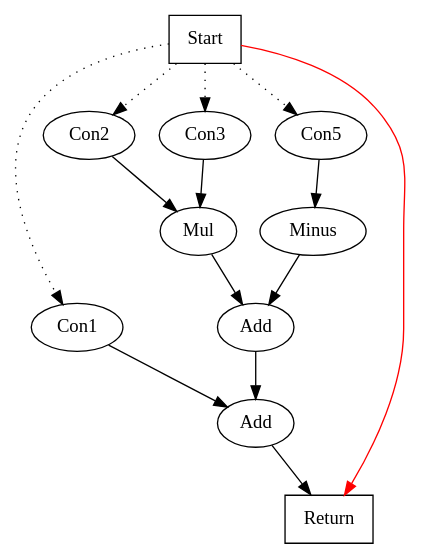
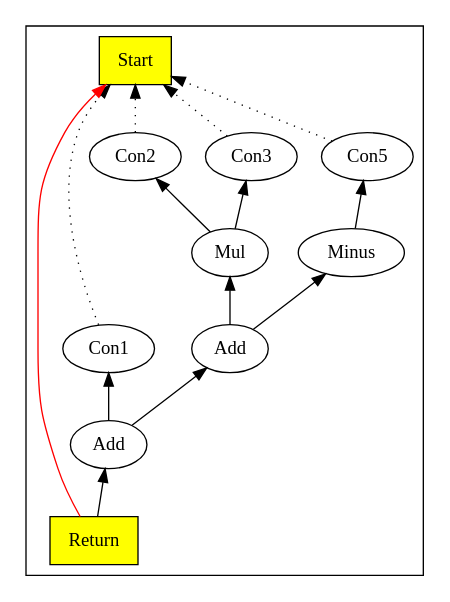
The diagram in chapter02/docs/02-pre-peephole-ex1.gv (SeaOfNodes/Simple), drawn with Graphviz before and after one commit. The commit also changed 5 other files, not shown here.

```diff
--- a/chapter02/docs/02-pre-peephole-ex1.gv
+++ b/chapter02/docs/02-pre-peephole-ex1.gv
@@ -1,27 +1,28 @@
-digraph chapter02
-{
-	Start1 [shape=box,  label="Start"];
-	Con12 [ label="Con1"];
-	Start1 -> Con12 [style=dotted];
-	Con23 [ label="Con2"];
-	Start1 -> Con23 [style=dotted];
-	Con34 [ label="Con3"];
-	Start1 -> Con34 [style=dotted];
-	Mul5 [ label="Mul"];
-	Con23 -> Mul5;
-	Con34 -> Mul5;
-	Con56 [ label="Con5"];
-	Start1 -> Con56 [style=dotted];
-	Minus7 [ label="Minus"];
-	Con56 -> Minus7;
-	Add8 [ label="Add"];
-	Mul5 -> Add8;
-	Minus7 -> Add8;
-	Add9 [ label="Add"];
-	Con12 -> Add9;
-	Add8 -> Add9;
-	Return10 [shape=box,  label="Return"];
-	Add9 -> Return10;
-	edge [color=red];
-	Start1 -> Return10;
+digraph chapter02 {
+	rankdir=BT;
+	subgraph cluster_Nodes {
+		Start1 [ shape=box style=filled fillcolor=yellow label="Start" ];
+		Con12 [ label="Con1" ];
+		Con23 [ label="Con2" ];
+		Con34 [ label="Con3" ];
+		Mul5 [ label="Mul" ];
+		Con56 [ label="Con5" ];
+		Minus7 [ label="Minus" ];
+		Add8 [ label="Add" ];
+		Add9 [ label="Add" ];
+		Return10 [ shape=box style=filled fillcolor=yellow label="Return" ];
+	}
+	Con12 -> Start1 [style=dotted];
+	Con23 -> Start1 [style=dotted];
+	Con34 -> Start1 [style=dotted];
+	Mul5 -> Con23;
+	Mul5 -> Con34;
+	Con56 -> Start1 [style=dotted];
+	Minus7 -> Con56;
+	Add8 -> Mul5;
+	Add8 -> Minus7;
+	Add9 -> Con12;
+	Add9 -> Add8;
+	Return10 -> Start1 [color=red];
+	Return10 -> Add9;
 }
```
